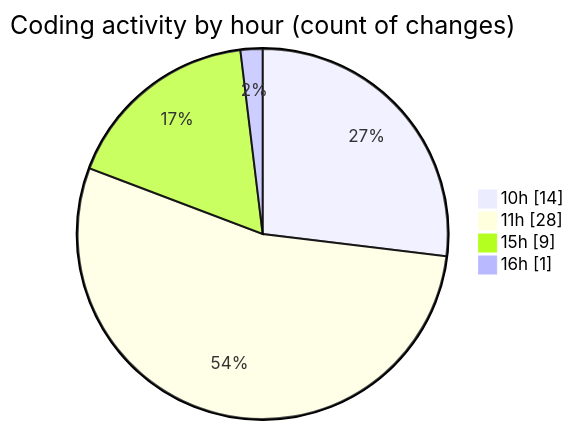
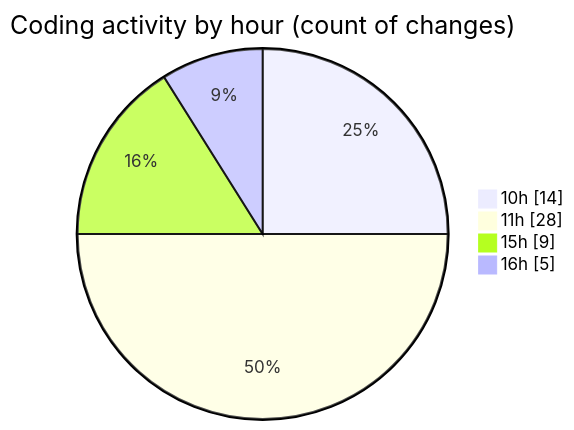
Before and after one commit to nxtqubesakshisongat/code-tracking: the second of 2 diagrams in 2026-04-05/nxtqube_webapp/README.md, drawn with Mermaid. The commit also changed other lines of this file and 1 other file, not shown here.

````diff
--- a/2026-04-05/nxtqube_webapp/README.md
+++ b/2026-04-05/nxtqube_webapp/README.md
@@ -37,8 +37,8 @@
 ```mermaid
 pie showData
 title Coding activity by hour (count of changes)
 "10h" : 14
 "11h" : 28
 "15h" : 9
-"16h" : 1
+"16h" : 5
 ```
````
